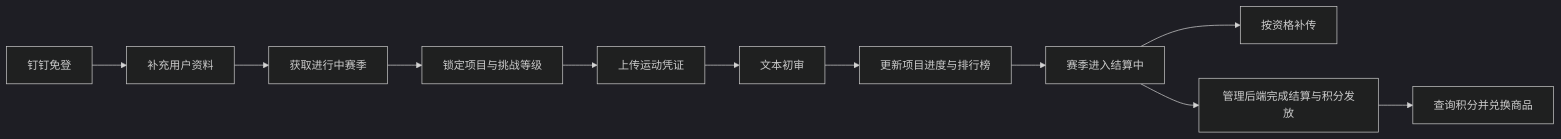
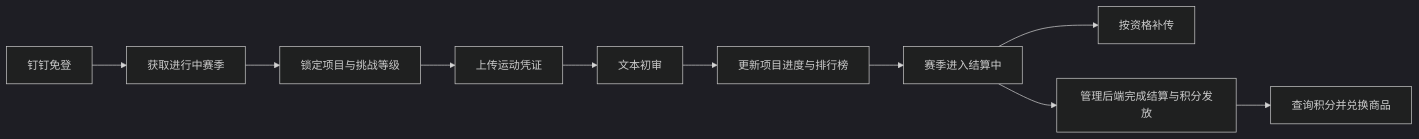
The diagram in README.md (caicai-6666/flame-sport-pheno-be), drawn with Mermaid (dark theme) before and after one commit. The commit also changed other lines of this file and 29 other files, not shown here.

````diff
--- a/README.md
+++ b/README.md
@@ -25,13 +25,12 @@
 ```mermaid
 flowchart LR
-    login[钉钉免登] --> profile[补充用户资料]
-    profile --> season[获取进行中赛季]
+    login[钉钉免登] --> season[获取进行中赛季]
     season --> project[锁定项目与挑战等级]
     project --> proof[上传运动凭证]
     proof --> review[文本初审]
     review --> progress[更新项目进度与排行榜]
     progress --> settling[赛季进入结算中]
     settling --> supplement[按资格补传]
     settling --> points[管理后端完成结算与积分发放]
     points --> shop[查询积分并兑换商品]
 ```
````
